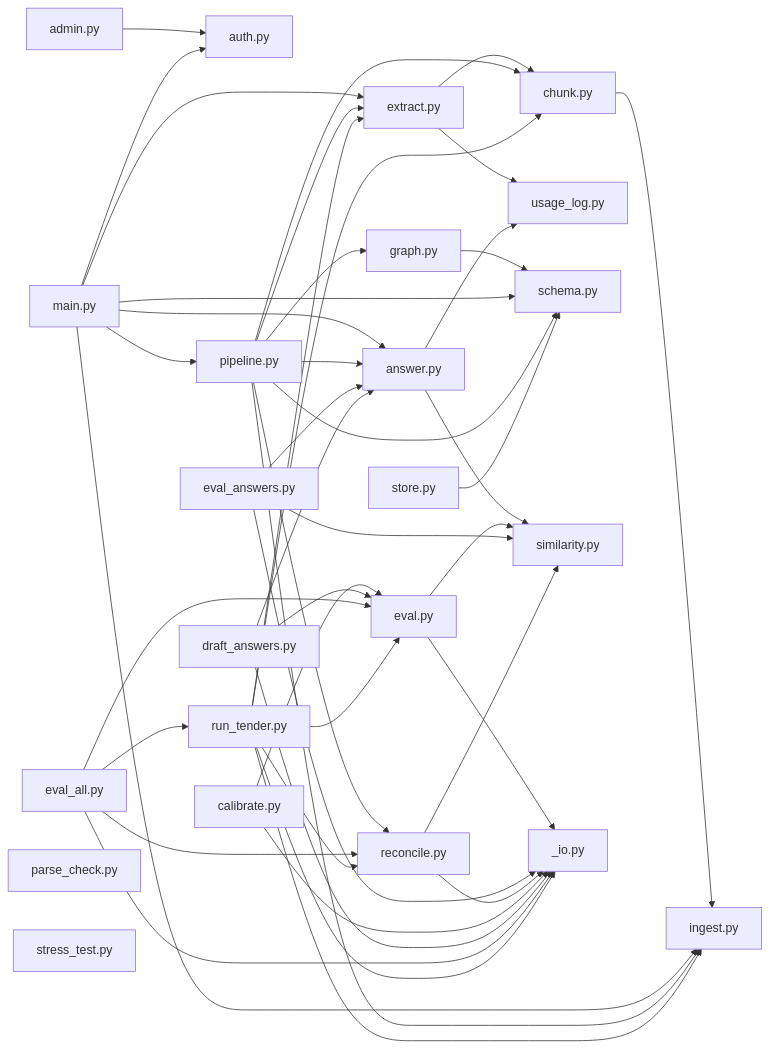
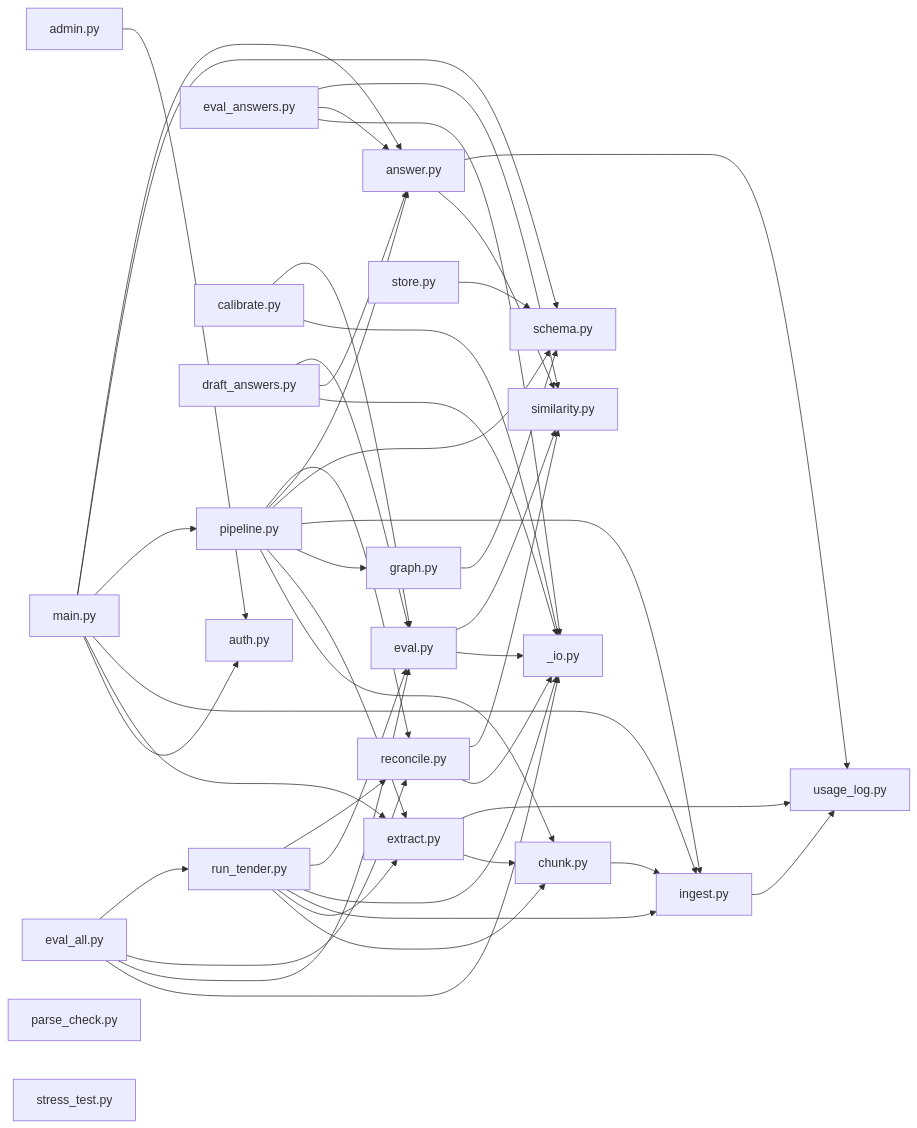
The third of 3 diagrams in CODEMAP.md (Welddevelopment/Bidframe), drawn with Mermaid before and after one commit. The commit also changed other lines of this file and 1 other file, not shown here.

````diff
--- a/CODEMAP.md
+++ b/CODEMAP.md
@@ -240,48 +240,49 @@
 ```mermaid
 graph LR
   n0[admin.py] --> n1[auth.py]
   n2[chunk.py] --> n3[ingest.py]
   n4[extract.py] --> n2[chunk.py]
   n4[extract.py] --> n5[usage_log.py]
   n6[graph.py] --> n7[schema.py]
+  n3[ingest.py] --> n5[usage_log.py]
   n8[main.py] --> n1[auth.py]
   n8[main.py] --> n4[extract.py]
   n8[main.py] --> n3[ingest.py]
   n8[main.py] --> n9[pipeline.py]
   n8[main.py] --> n7[schema.py]
   n8[main.py] --> n10[answer.py]
   n9[pipeline.py] --> n2[chunk.py]
   n9[pipeline.py] --> n4[extract.py]
   n9[pipeline.py] --> n6[graph.py]
   n9[pipeline.py] --> n3[ingest.py]
   n9[pipeline.py] --> n7[schema.py]
   n9[pipeline.py] --> n10[answer.py]
   n9[pipeline.py] --> n11[reconcile.py]
   n12[store.py] --> n7[schema.py]
   n10[answer.py] --> n13[similarity.py]
   n10[answer.py] --> n5[usage_log.py]
   n14[eval.py] --> n15[_io.py]
   n14[eval.py] --> n13[similarity.py]
   n16[eval_answers.py] --> n15[_io.py]
   n16[eval_answers.py] --> n10[answer.py]
   n16[eval_answers.py] --> n13[similarity.py]
   n11[reconcile.py] --> n15[_io.py]
   n11[reconcile.py] --> n13[similarity.py]
   n17[calibrate.py] --> n15[_io.py]
   n17[calibrate.py] --> n14[eval.py]
   n18[draft_answers.py] --> n15[_io.py]
   n18[draft_answers.py] --> n10[answer.py]
   n18[draft_answers.py] --> n14[eval.py]
   n19[eval_all.py] --> n15[_io.py]
   n19[eval_all.py] --> n14[eval.py]
   n19[eval_all.py] --> n11[reconcile.py]
   n19[eval_all.py] --> n20[run_tender.py]
   n20[run_tender.py] --> n2[chunk.py]
   n20[run_tender.py] --> n4[extract.py]
   n20[run_tender.py] --> n3[ingest.py]
   n20[run_tender.py] --> n15[_io.py]
   n20[run_tender.py] --> n14[eval.py]
   n20[run_tender.py] --> n11[reconcile.py]
   n21[parse_check.py]
   n22[stress_test.py]
 ```
````
